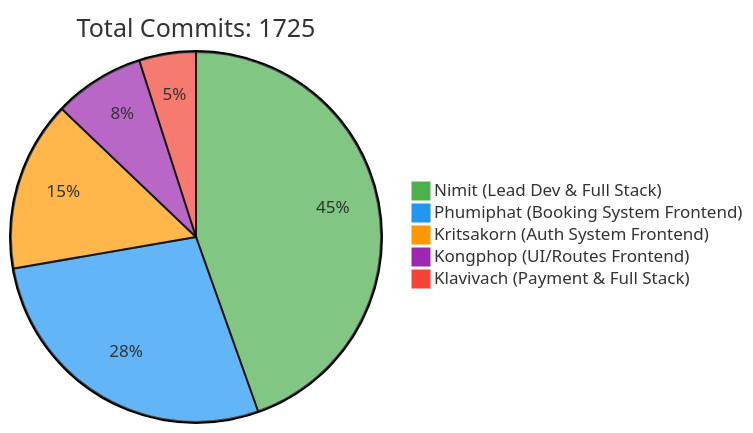
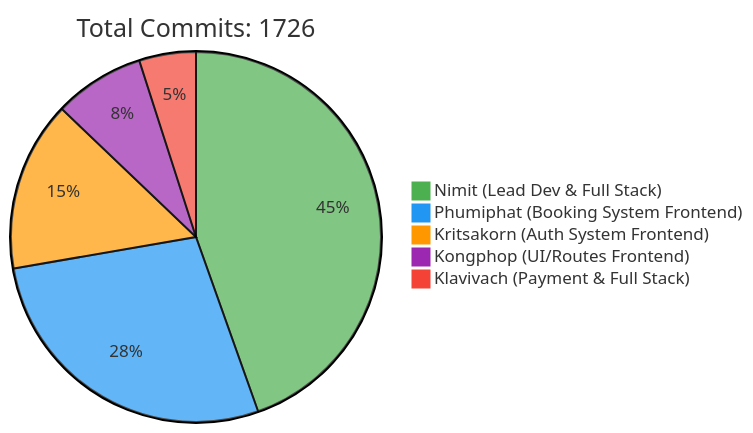
Before and after one commit to 6531503042/Sport-Complex: the first of 2 diagrams in README.md, drawn with Mermaid. The commit also changed other lines of this file, not shown here.

Commit message:
docs: Update contributor statistics [skip ci]

````diff
--- a/README.md
+++ b/README.md
@@ -257,10 +257,10 @@
 ```mermaid
 %%{init: {'theme': 'base', 'themeVariables': { 'pie1': '#4CAF50', 'pie2': '#2196F3', 'pie3': '#FF9800', 'pie4': '#9C27B0', 'pie5': '#F44336'}}}%%
 pie
-    title Total Commits: 1725
+    title Total Commits: 1726
     "Nimit (Lead Dev & Full Stack)" : 450
     "Phumiphat (Booking System Frontend)" : 280
     "Kritsakorn (Auth System Frontend)" : 150
     "Kongphop (UI/Routes Frontend)" : 80
     "Klavivach (Payment & Full Stack)" : 50
 ```
````
